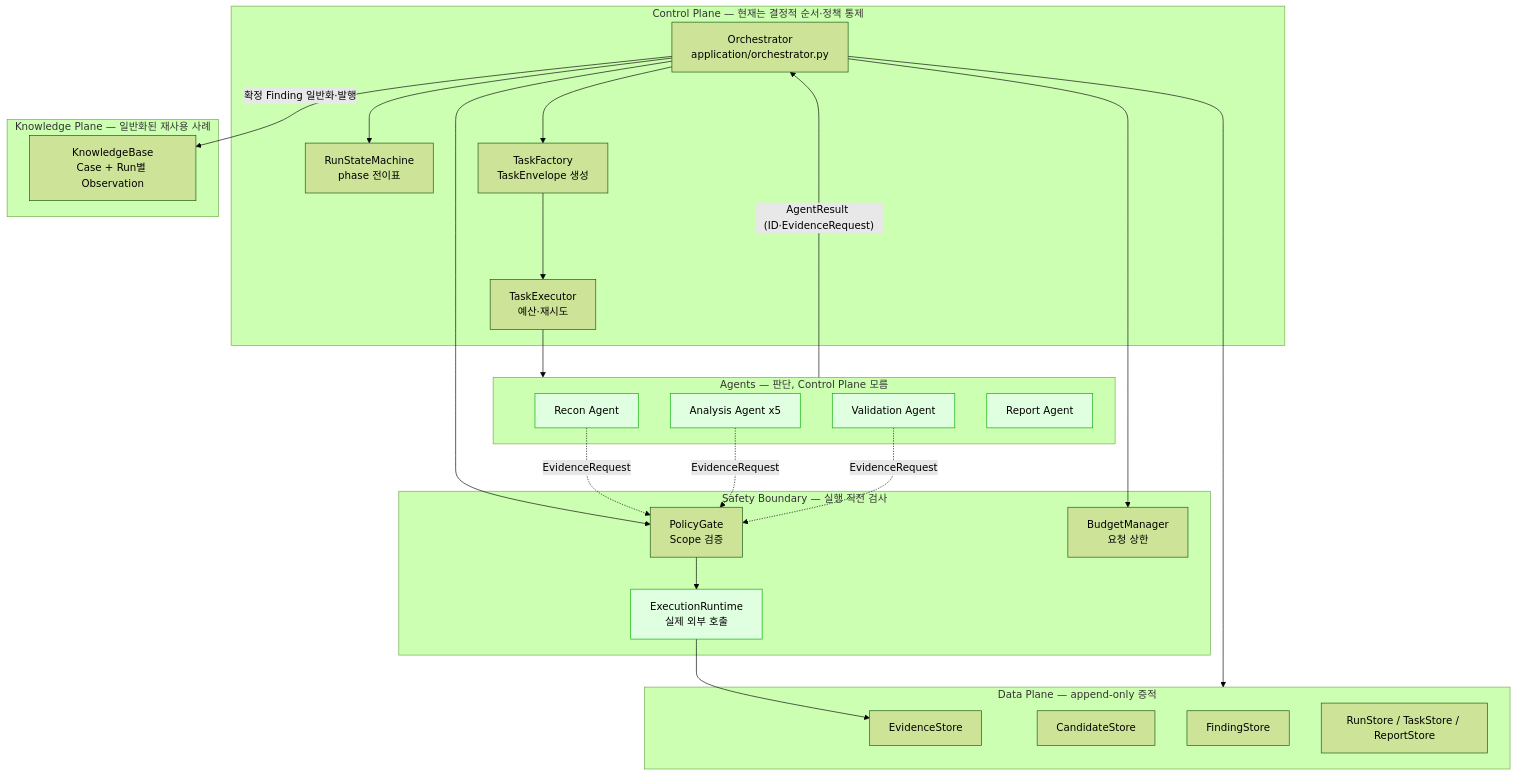
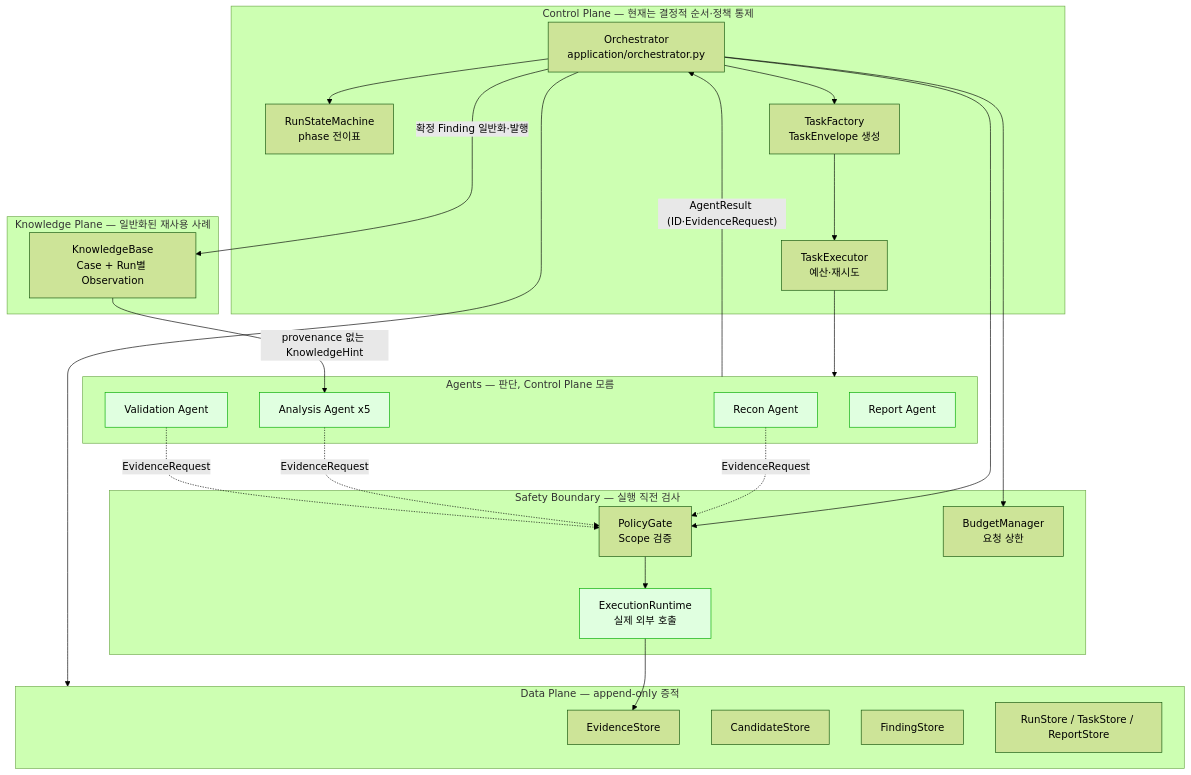
Before and after one commit to Hacklipse/LASP_2026: the first of 3 diagrams in IMPLEMENTATION_PLAN.md, drawn with Mermaid (forest theme). The commit also changed other lines of this file and 29 other files, not shown here.

````diff
--- a/IMPLEMENTATION_PLAN.md
+++ b/IMPLEMENTATION_PLAN.md
@@ -128,48 +156,49 @@
 ```mermaid
 flowchart TB
     subgraph CP["Control Plane — 현재는 결정적 순서·정책 통제"]
         ORCH["Orchestrator<br/>application/orchestrator.py"]
         SM["RunStateMachine<br/>phase 전이표"]
         TF["TaskFactory<br/>TaskEnvelope 생성"]
         TE["TaskExecutor<br/>예산·재시도"]
     end
 
     subgraph GATE["Safety Boundary — 실행 직전 검사"]
         PG["PolicyGate<br/>Scope 검증"]
         BM["BudgetManager<br/>요청 상한"]
         RT["ExecutionRuntime<br/>실제 외부 호출"]
     end
 
     subgraph AG["Agents — 판단, Control Plane 모름"]
         RC["Recon Agent"]
         AN["Analysis Agent x5"]
         VA["Validation Agent"]
         RP["Report Agent"]
     end
 
     subgraph DP["Data Plane — append-only 증적"]
         ES["EvidenceStore"]
         CS["CandidateStore"]
         FS["FindingStore"]
         RS["RunStore / TaskStore / ReportStore"]
     end
 
     subgraph KP["Knowledge Plane — 일반화된 재사용 사례"]
         KB["KnowledgeBase<br/>Case + Run별 Observation"]
     end
 
     ORCH --> SM
     ORCH --> TF --> TE --> AG
     ORCH --> PG
     ORCH --> BM
     AG -->|"AgentResult (ID·EvidenceRequest)"| ORCH
     RC & AN & VA -.->|"EvidenceRequest"| PG --> RT --> ES
     ORCH --> DP
     ORCH -->|"확정 Finding 일반화·발행"| KB
+    KB -->|"provenance 없는 KnowledgeHint"| AN
 
     style RC fill:#e0ffe0,stroke:#0a0
     style AN fill:#e0ffe0,stroke:#0a0
     style VA fill:#e0ffe0,stroke:#0a0
     style RT fill:#e0ffe0,stroke:#0a0
     style RP fill:#e0ffe0,stroke:#0a0
 ```
````
